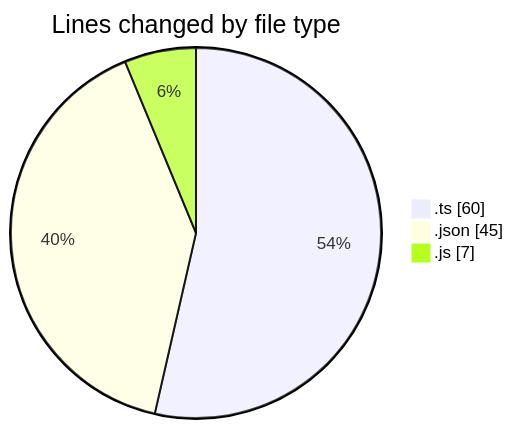
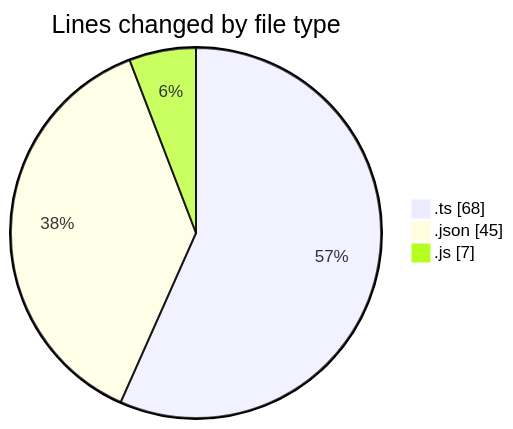
Before and after one commit to igalym/code-tracking: the first of 2 diagrams in 2026-03-02/typescript/README.md, drawn with Mermaid. The commit also changed other lines of this file and 1 other file, not shown here.

````diff
--- a/2026-03-02/typescript/README.md
+++ b/2026-03-02/typescript/README.md
@@ -23,7 +23,7 @@
 ```mermaid
 pie showData
 title Lines changed by file type
-".ts" : 60
+".ts" : 68
 ".json" : 45
 ".js" : 7
 ```
````
